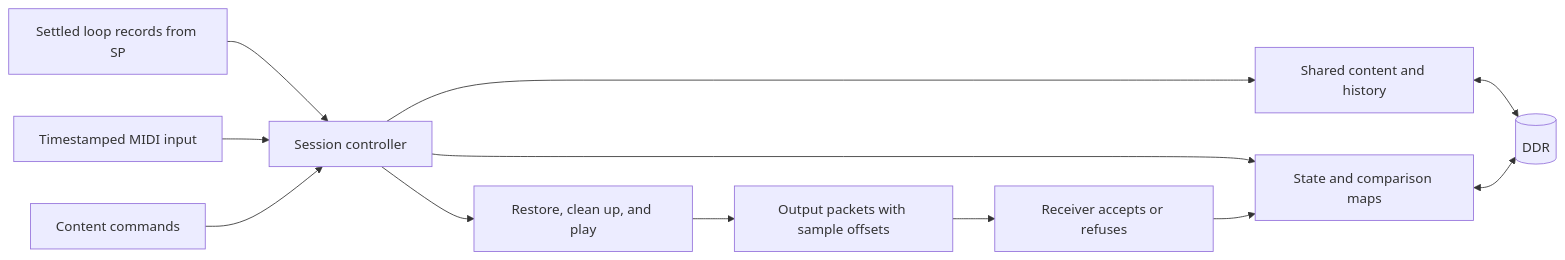
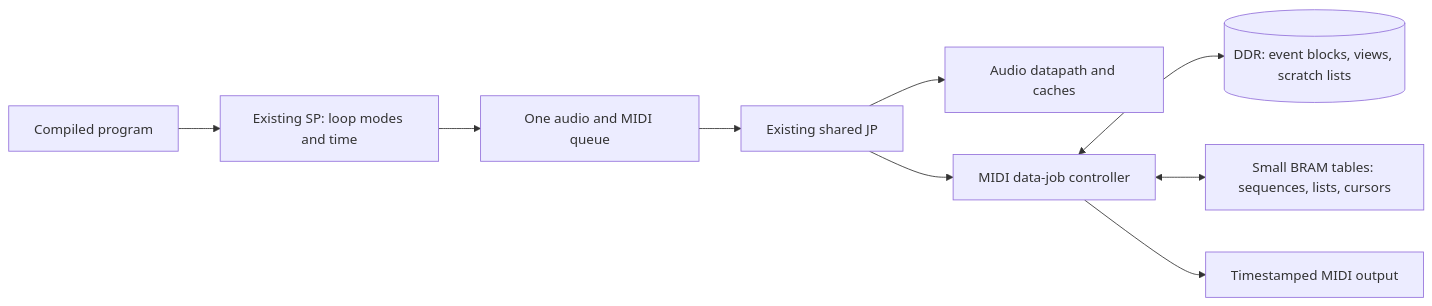
The diagram in fpga/midi/README.md (SanderVocke/shoopdaloop), drawn with Mermaid before and after one commit. The commit also changed other lines of this file and 275 other files, not shown here.

First line of the commit message:
Implement event-only MIDI looping through shared SP/JP in Rust and RTL (#1022)

````diff
--- a/fpga/midi/README.md
+++ b/fpga/midi/README.md
@@ -26,14 +8,11 @@
 ```mermaid
 flowchart LR
-    SP[Settled loop records from SP] --> C[Session controller]
-    I[Timestamped MIDI input] --> C
-    UI[Content commands] --> C
-    C --> S[Shared content and history]
-    C --> T[State and comparison maps]
-    C --> P[Restore, clean up, and play]
-    S <--> D[(DDR)]
-    T <--> D
-    P --> O[Output packets with sample offsets]
-    O --> A[Receiver accepts or refuses]
-    A --> T
+    P[Compiled program] --> SP[Existing SP: loop modes and time]
+    SP --> Q[One audio and MIDI queue]
+    Q --> JP[Existing shared JP]
+    JP --> A[Audio datapath and caches]
+    JP --> M[MIDI data-job controller]
+    M <--> D[(DDR: event blocks, views, scratch lists)]
+    M <--> B[Small BRAM tables: sequences, lists, cursors]
+    M --> O[Timestamped MIDI output]
 ```
````
